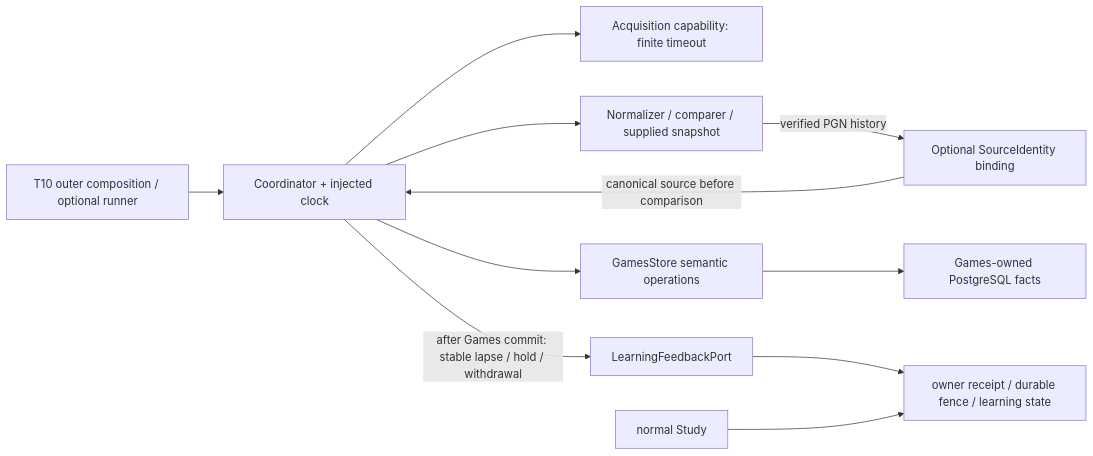
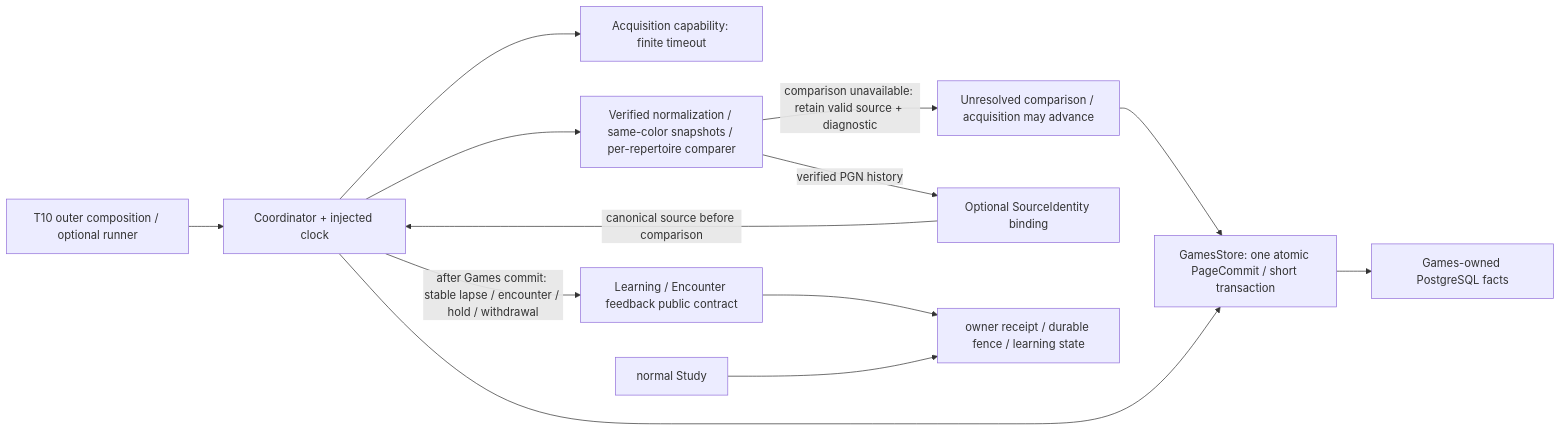
One commit to aaweaver-actuary/tempo changed the second of 4 diagrams in backend/app/games/feedback/README.md. Above: the diagram before and after it, drawn with Mermaid. The commit also changed other lines of this file and 5 other files, not shown here.

Commit message:
Retain durable per-repertoire deviation observations

````diff
--- a/backend/app/games/feedback/README.md
+++ b/backend/app/games/feedback/README.md
@@ -121,13 +131,15 @@
 ```mermaid
 flowchart LR
   Runtime["T10 outer composition / optional runner"] --> C["Coordinator + injected clock"]
   C --> Provider["Acquisition capability: finite timeout"]
-  C --> Pure["Normalizer / comparer / supplied snapshot"]
+  C --> Pure["Verified normalization / same-color snapshots / per-repertoire comparer"]
+  Pure -->|"comparison unavailable: retain valid source + diagnostic"| Unresolved["Unresolved comparison / acquisition may advance"]
+  Unresolved --> Store
   Pure -->|"verified PGN history"| Identity["Optional SourceIdentity binding"]
   Identity -->|"canonical source before comparison"| C
-  C --> Store["GamesStore semantic operations"]
+  C --> Store["GamesStore: one atomic PageCommit / short transaction"]
   Store --> PG["Games-owned PostgreSQL facts"]
-  C -->|"after Games commit: stable lapse / hold / withdrawal"| Owner["LearningFeedbackPort"]
+  C -->|"after Games commit: stable lapse / encounter / hold / withdrawal"| Owner["Learning / Encounter feedback public contract"]
   Owner --> Receipt["owner receipt / durable fence / learning state"]
   Study["normal Study"] --> Receipt
 ```
````
